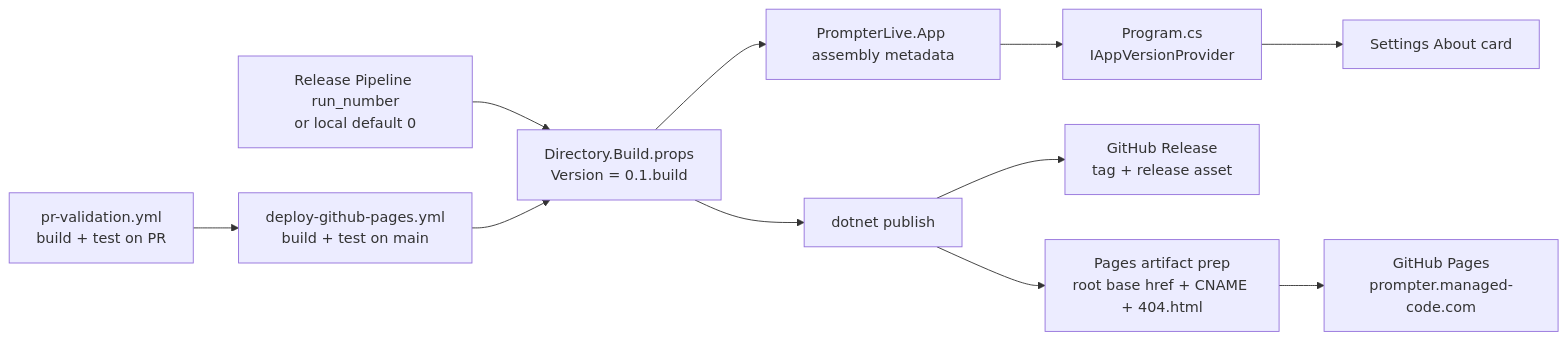
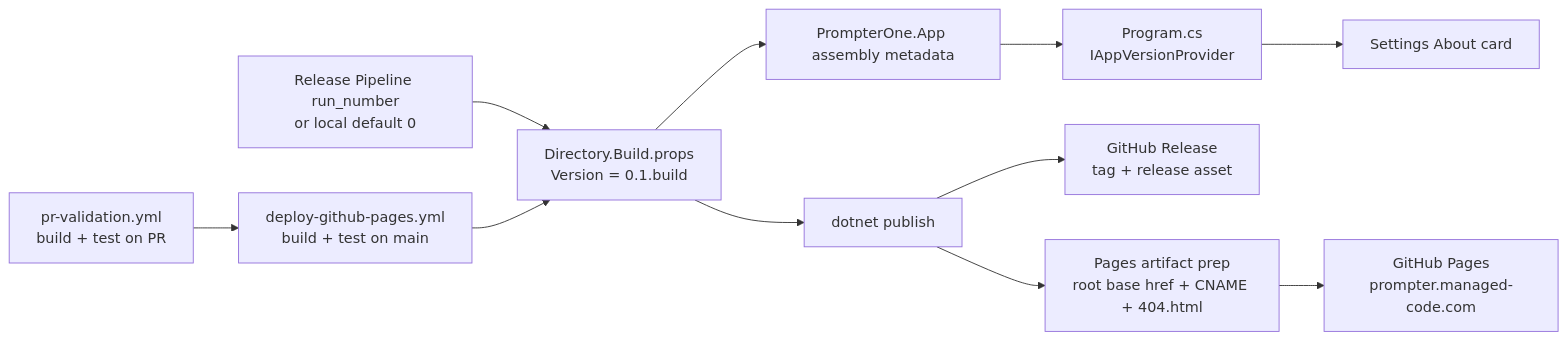
One commit to managedcode/PrompterOne changed the diagram in docs/Features/AppVersioningAndGitHubPages.md. Above: the diagram before and after it, drawn with Mermaid. The commit also changed other lines of this file and 895 other files, not shown here.

Commit message:
rename to PrompterOne

````diff
--- a/docs/Features/AppVersioningAndGitHubPages.md
+++ b/docs/Features/AppVersioningAndGitHubPages.md
@@ -16,25 +16,25 @@
 ```mermaid
 flowchart LR
     Pr["pr-validation.yml<br/>build + test on PR"]
     Run["Release Pipeline run_number<br/>or local default 0"]
     BuildProps["Directory.Build.props<br/>Version = 0.1.build"]
-    Assembly["PrompterLive.App assembly metadata"]
+    Assembly["PrompterOne.App assembly metadata"]
     Program["Program.cs<br/>IAppVersionProvider"]
     About["Settings About card"]
     Validate["deploy-github-pages.yml<br/>build + test on main"]
     Publish["dotnet publish"]
     Release["GitHub Release<br/>tag + release asset"]
     PagesPrep["Pages artifact prep<br/>root base href + CNAME + 404.html"]
     Pages["GitHub Pages<br/>prompter.managed-code.com"]
 
     Pr --> Validate
     Run --> BuildProps
     Validate --> BuildProps
     BuildProps --> Assembly
     Assembly --> Program
     Program --> About
     BuildProps --> Publish
     Publish --> Release
     Publish --> PagesPrep
     PagesPrep --> Pages
 ```
````
